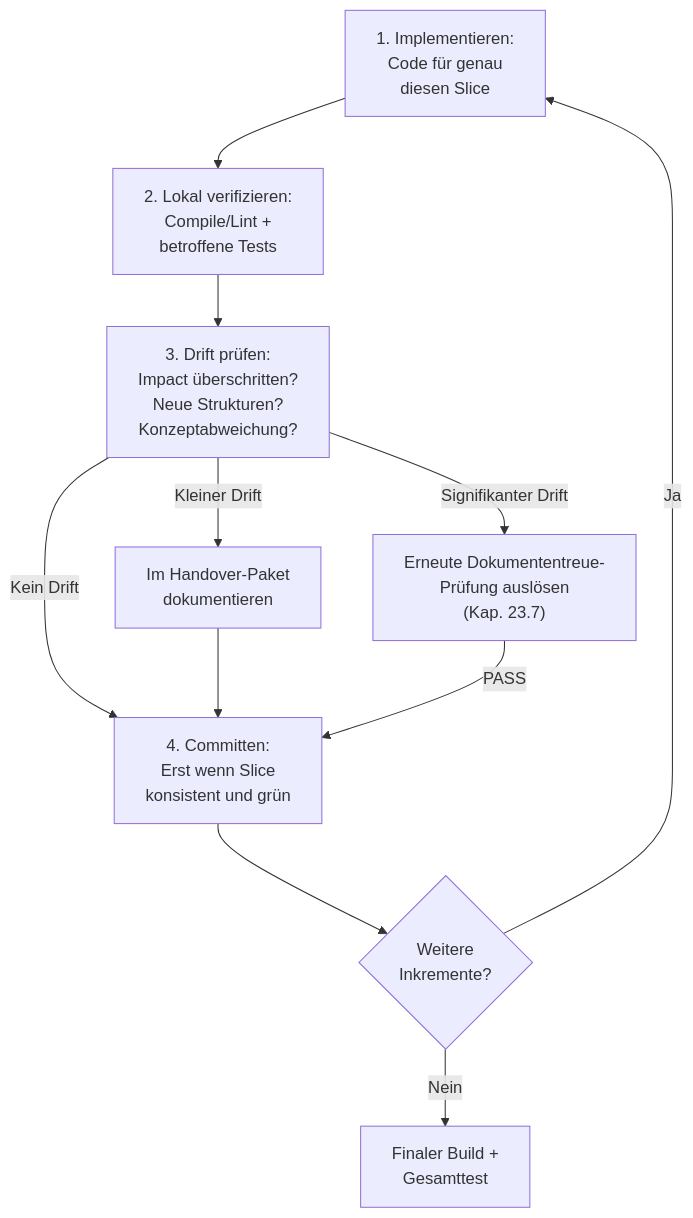
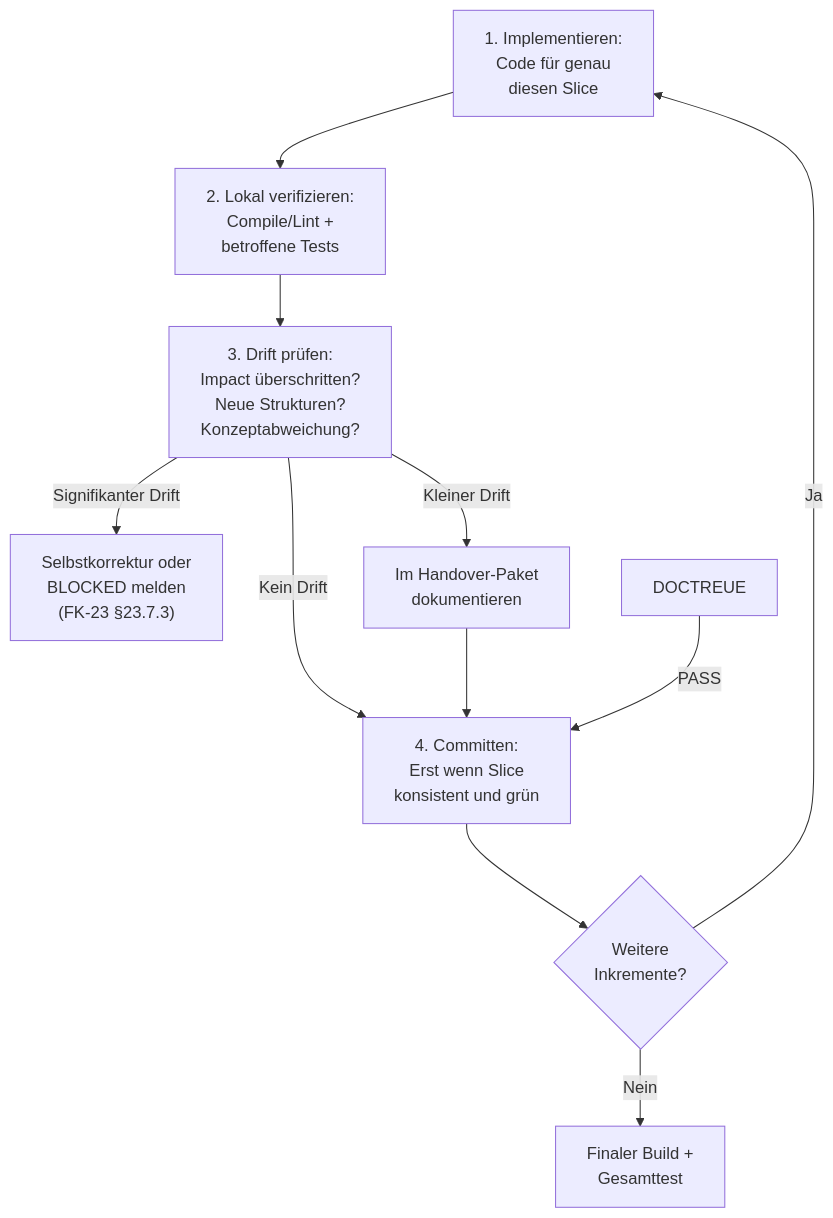
One commit to saltenhof/claude-agentkit3 changed the second of 4 diagrams in concept/technical-design/26_implementation_runtime_worker_loop.md. Above: the diagram before and after it, drawn with Mermaid. The commit also changed other lines of this file and 26 other files, not shown here.

````diff
--- a/concept/technical-design/26_implementation_runtime_worker_loop.md
+++ b/concept/technical-design/26_implementation_runtime_worker_loop.md
@@ -250,13 +250,13 @@
 ```mermaid
 flowchart TD
     IMPL["1. Implementieren:<br/>Code für genau<br/>diesen Slice"] --> CHECK["2. Lokal verifizieren:<br/>Compile/Lint +<br/>betroffene Tests"]
     CHECK --> DRIFT["3. Drift prüfen:<br/>Impact überschritten?<br/>Neue Strukturen?<br/>Konzeptabweichung?"]
     DRIFT -->|"Kein Drift"| COMMIT["4. Committen:<br/>Erst wenn Slice<br/>konsistent und grün"]
-    DRIFT -->|"Signifikanter Drift"| DOCTREUE["Erneute Dokumententreue-<br/>Prüfung auslösen<br/>(Kap. 23.7)"]
+    DRIFT -->|"Signifikanter Drift"| SELFCORR["Selbstkorrektur oder<br/>BLOCKED melden<br/>(FK-23 §23.7.3)"]
     DRIFT -->|"Kleiner Drift"| DOKU["Im Handover-Paket<br/>dokumentieren"]
     DOKU --> COMMIT
     DOCTREUE -->|"PASS"| COMMIT
     COMMIT --> NEXT{"Weitere<br/>Inkremente?"}
     NEXT -->|"Ja"| IMPL
     NEXT -->|"Nein"| FINAL["Finaler Build +<br/>Gesamttest"]
 ```
````
